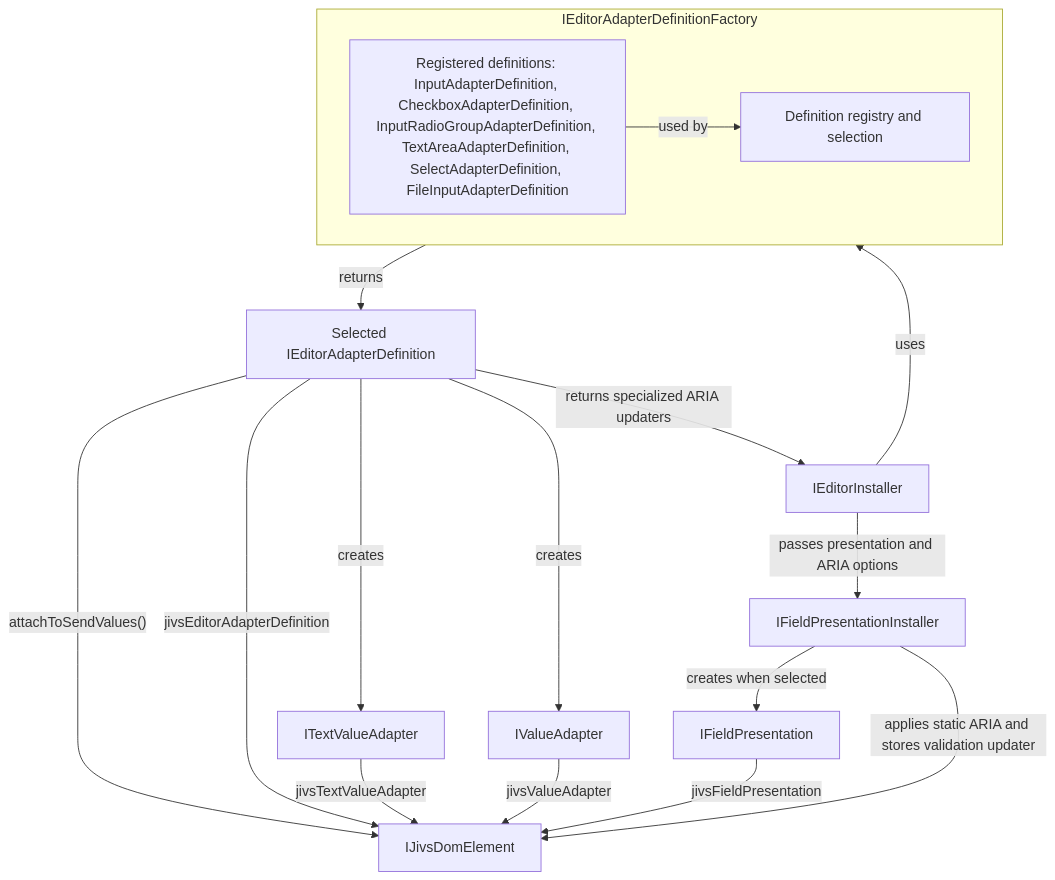
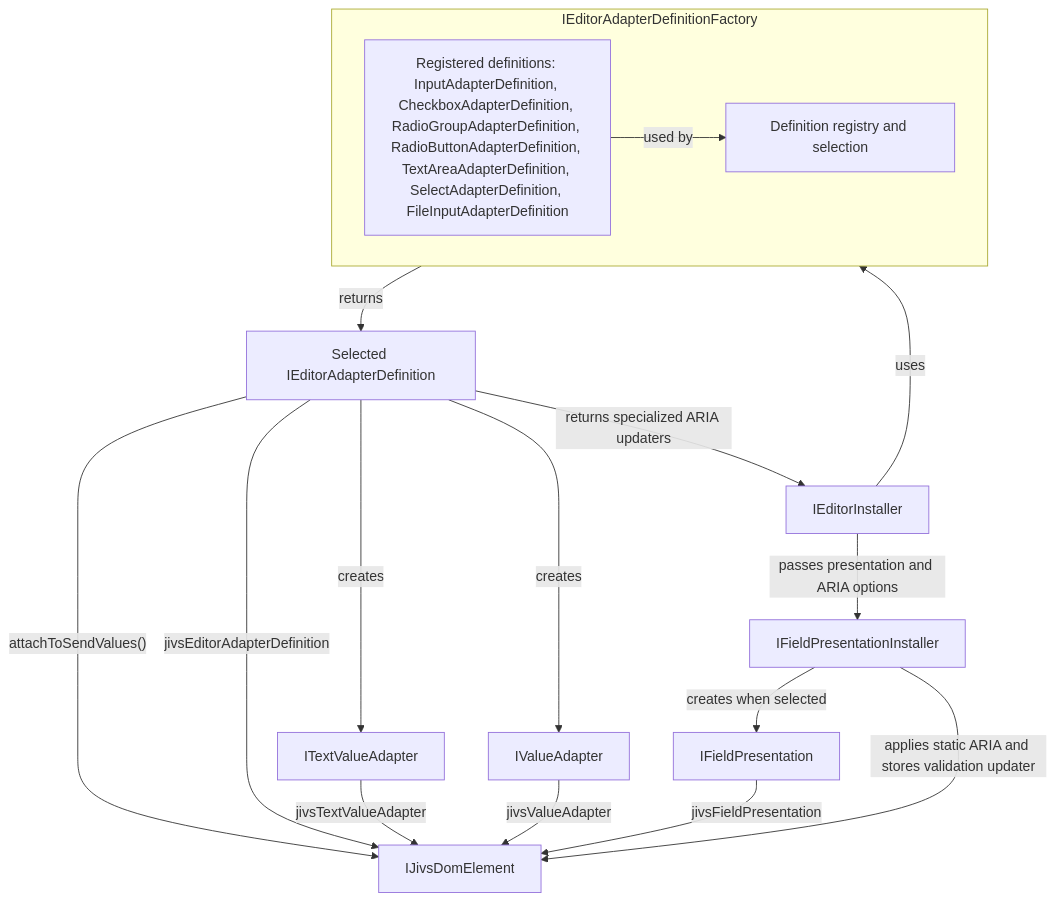
The second of 10 diagrams in planning/Jivs-DOM_Implementation_Design.md (plblum/jivs), drawn with Mermaid before and after one commit. The commit also changed other lines of this file and 27 other files, not shown here.

````diff
--- a/planning/Jivs-DOM_Implementation_Design.md
+++ b/planning/Jivs-DOM_Implementation_Design.md
@@ -79,37 +79,37 @@
 ```mermaid
 flowchart TB
     INSTALLER["IEditorInstaller"]
     DEFINITION["Selected IEditorAdapterDefinition"]
     PRESENTATION_INSTALLER["IFieldPresentationInstaller"]
 
     subgraph FACTORY["IEditorAdapterDefinitionFactory"]
         direction LR
 
-        REGISTERED["Registered definitions: InputAdapterDefinition, CheckboxAdapterDefinition, InputRadioGroupAdapterDefinition, TextAreaAdapterDefinition, SelectAdapterDefinition, FileInputAdapterDefinition"]
+        REGISTERED["Registered definitions: InputAdapterDefinition, CheckboxAdapterDefinition, RadioGroupAdapterDefinition, RadioButtonAdapterDefinition, TextAreaAdapterDefinition, SelectAdapterDefinition, FileInputAdapterDefinition"]
         FACTORY_API["Definition registry and selection"]
 
         REGISTERED -->|"used by"| FACTORY_API
     end
 
     ELEMENT["IJivsDomElement"]
     TEXT_ADAPTER["ITextValueAdapter"]
     VALUE_ADAPTER["IValueAdapter"]
     PRESENTATION["IFieldPresentation"]
 
     INSTALLER -->|"uses"| FACTORY
     FACTORY -->|"returns"| DEFINITION
 
     DEFINITION -->|"creates"| TEXT_ADAPTER
     DEFINITION -->|"creates"| VALUE_ADAPTER
     DEFINITION -->|"attachToSendValues()"| ELEMENT
     DEFINITION -->|"returns specialized ARIA updaters"| INSTALLER
 
     DEFINITION -->|"jivsEditorAdapterDefinition"| ELEMENT
     TEXT_ADAPTER -->|"jivsTextValueAdapter"| ELEMENT
     VALUE_ADAPTER -->|"jivsValueAdapter"| ELEMENT
 
     INSTALLER -->|"passes presentation and ARIA options"| PRESENTATION_INSTALLER
     PRESENTATION_INSTALLER -->|"creates when selected"| PRESENTATION
     PRESENTATION -->|"jivsFieldPresentation"| ELEMENT
     PRESENTATION_INSTALLER -->|"applies static ARIA and stores validation updater"| ELEMENT
 ```
````
